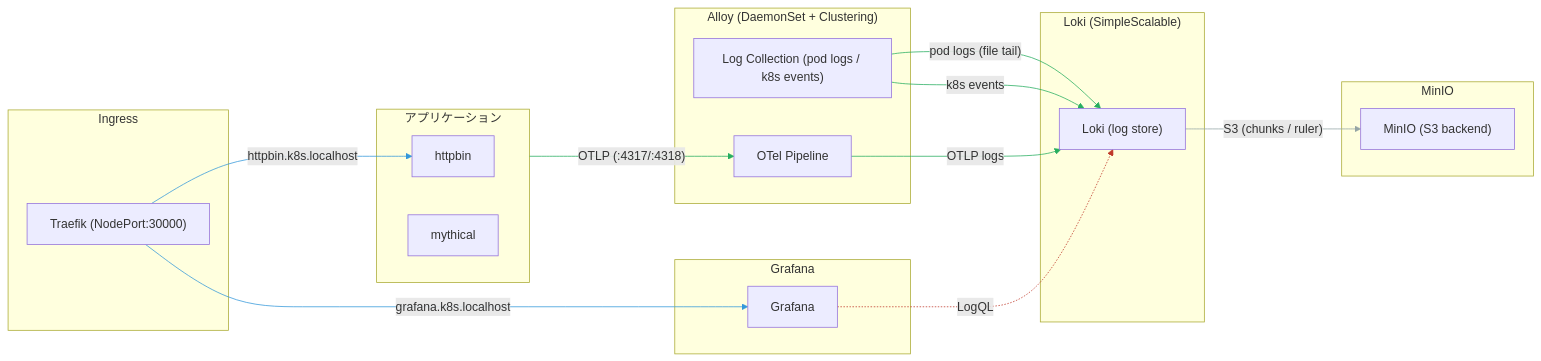
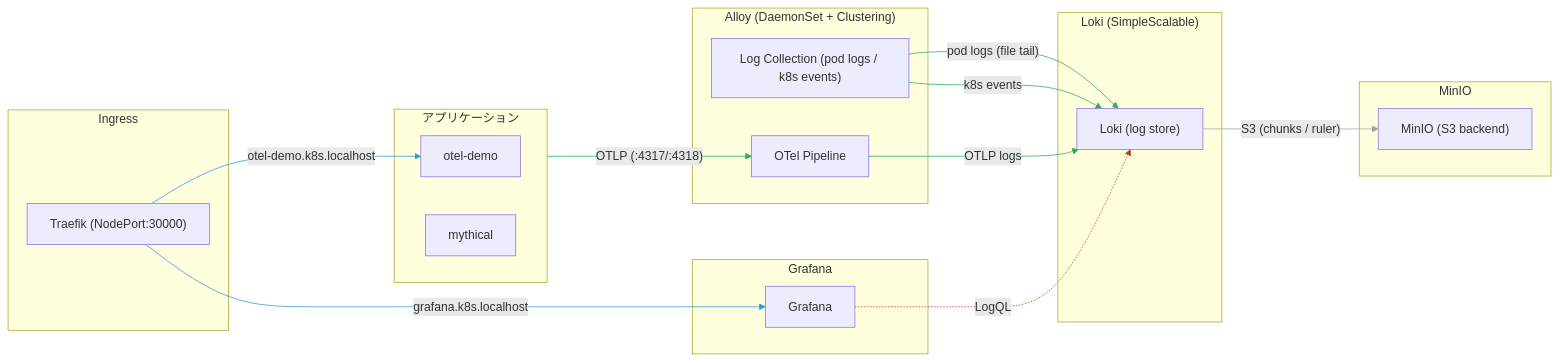
The second of 4 diagrams in k8s/alloy-lgtm-kubeprom/README.md (buzztaiki/sandbox), drawn with Mermaid before and after one commit. The commit also changed other lines of this file, not shown here.

First line of the commit message:
docs: update README diagrams to reflect current architecture

````diff
--- a/k8s/alloy-lgtm-kubeprom/README.md
+++ b/k8s/alloy-lgtm-kubeprom/README.md
@@ -97,47 +99,47 @@
 ```mermaid
 graph LR
     subgraph apps["アプリケーション"]
-        httpbin["httpbin"]
+        otel_demo["otel-demo"]
         mythical["mythical"]
     end
 
     subgraph alloy_ns["Alloy (DaemonSet + Clustering)"]
         alloy_logs["Log Collection (pod logs / k8s events)"]
         alloy_otel["OTel Pipeline"]
     end
 
     subgraph loki_ns["Loki (SimpleScalable)"]
         loki["Loki (log store)"]
     end
 
     subgraph minio_ns["MinIO"]
         minio["MinIO (S3 backend)"]
     end
 
     subgraph grafana_ns["Grafana"]
         grafana["Grafana"]
     end
 
     subgraph ingress["Ingress"]
         traefik["Traefik (NodePort:30000)"]
     end
 
     apps l1@-->|"OTLP (:4317/:4318)"| alloy_otel
     alloy_logs l2@-->|"pod logs (file tail)"| loki
     alloy_logs l3@-->|"k8s events"| loki
     alloy_otel l4@-->|"OTLP logs"| loki
     loki s1@-->|"S3 (chunks / ruler)"| minio
     grafana r1@-.->|"LogQL"| loki
     traefik i1@-->|"grafana.k8s.localhost"| grafana
-    traefik i2@-->|"httpbin.k8s.localhost"| httpbin
+    traefik i2@-->|"otel-demo.k8s.localhost"| otel_demo
 
     classDef logs stroke:#27ae60
     classDef storage stroke:#95a5a6
     classDef read stroke:#c0392b
     classDef ingress stroke:#3498db
 
     class l1,l2,l3,l4 logs
     class s1 storage
     class r1 read
     class i1,i2 ingress
 ```
````
